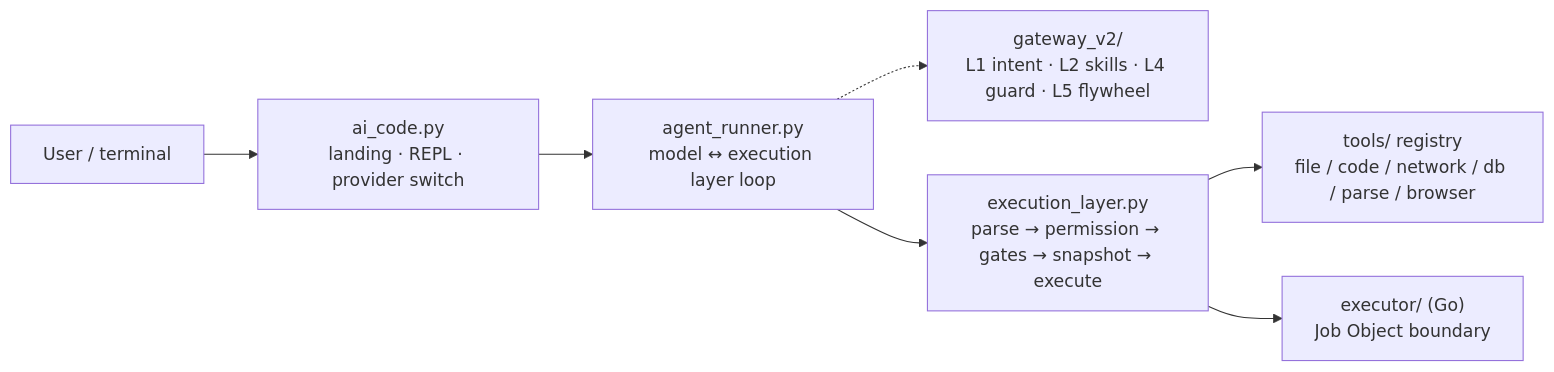
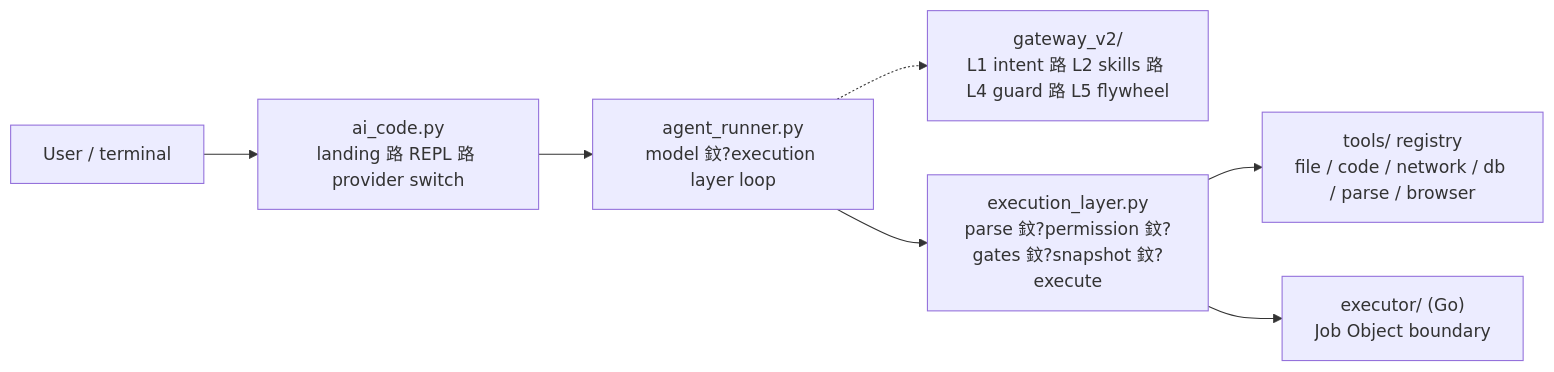
Before and after one commit to ace-code-engine/ace-agent: the diagram in README.md, drawn with Mermaid. The commit also changed other lines of this file and 20 other files, not shown here.

````diff
--- a/README.md
+++ b/README.md
@@ -131,13 +131,13 @@
 ```mermaid
 flowchart LR
     U["User / terminal"]
-    CLI["ai_code.py<br/>landing · REPL · provider switch"]
-    LOOP["agent_runner.py<br/>model ↔ execution layer loop"]
-    GW["gateway_v2/<br/>L1 intent · L2 skills · L4 guard · L5 flywheel"]
-    EL["execution_layer.py<br/>parse → permission → gates → snapshot → execute"]
+    CLI["ai_code.py<br/>landing 路 REPL 路 provider switch"]
+    LOOP["agent_runner.py<br/>model 鈫?execution layer loop"]
+    GW["gateway_v2/<br/>L1 intent 路 L2 skills 路 L4 guard 路 L5 flywheel"]
+    EL["execution_layer.py<br/>parse 鈫?permission 鈫?gates 鈫?snapshot 鈫?execute"]
     T["tools/ registry<br/>file / code / network / db / parse / browser"]
     EX["executor/ (Go)<br/>Job Object boundary"]
     U --> CLI --> LOOP --> EL --> T
     LOOP -.-> GW
     EL --> EX
 ```
````
